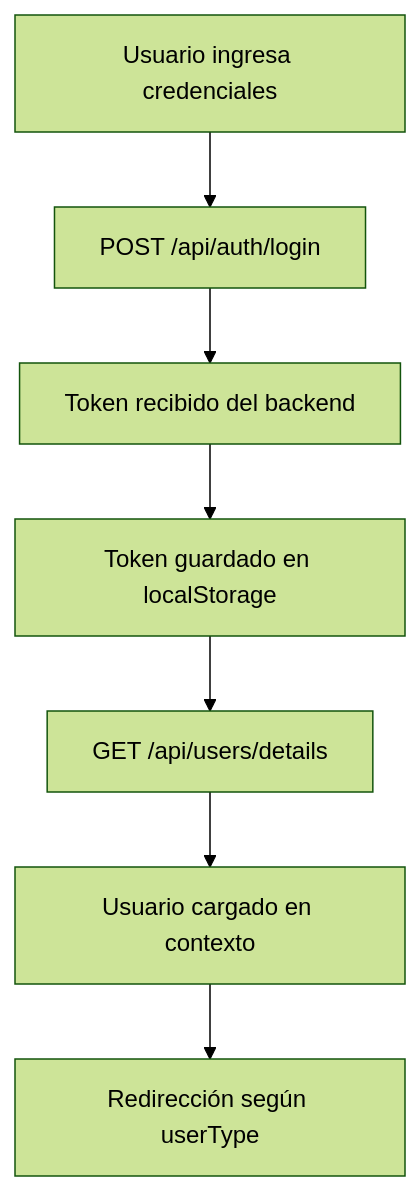
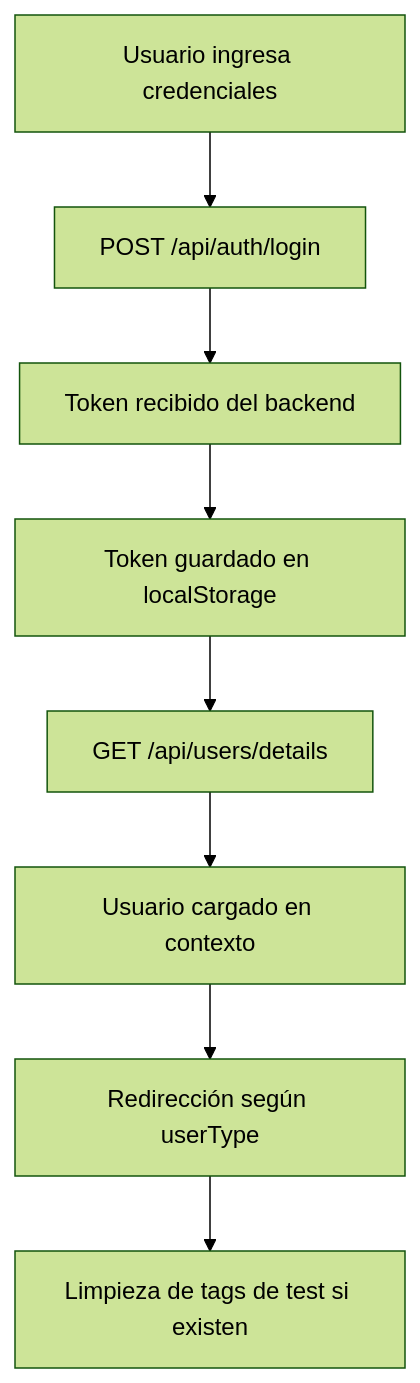
Before and after one commit to empathicacolombia/empathicaweb: the second of 4 diagrams in SESSION_MANAGEMENT_GUIDE.md, drawn with Mermaid (forest theme). The commit also changed other lines of this file and 6 other files, not shown here.

````diff
--- a/SESSION_MANAGEMENT_GUIDE.md
+++ b/SESSION_MANAGEMENT_GUIDE.md
@@ -189,9 +339,10 @@
 ```mermaid
 graph TD
     A[Usuario ingresa credenciales] --> B[POST /api/auth/login]
     B --> C[Token recibido del backend]
     C --> D[Token guardado en localStorage]
     D --> E[GET /api/users/details]
     E --> F[Usuario cargado en contexto]
     F --> G[Redirección según userType]
+    G --> H[Limpieza de tags de test si existen]
 ```
````
